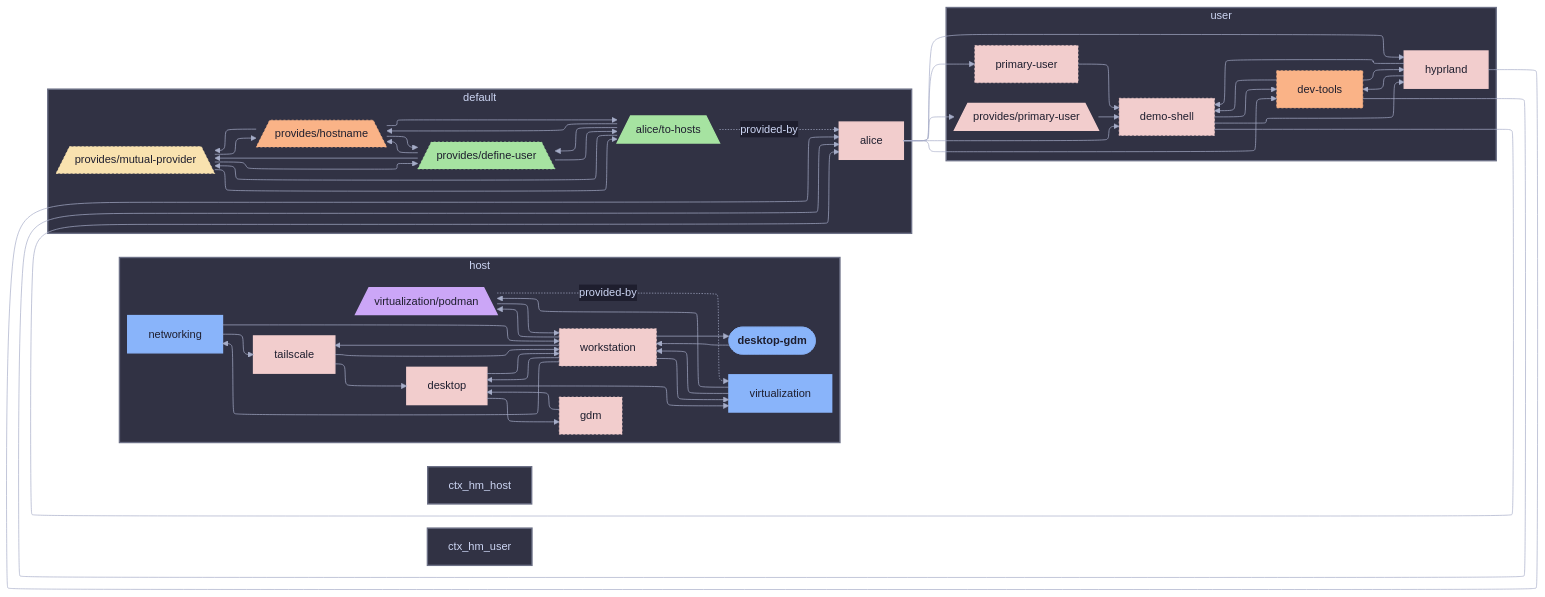
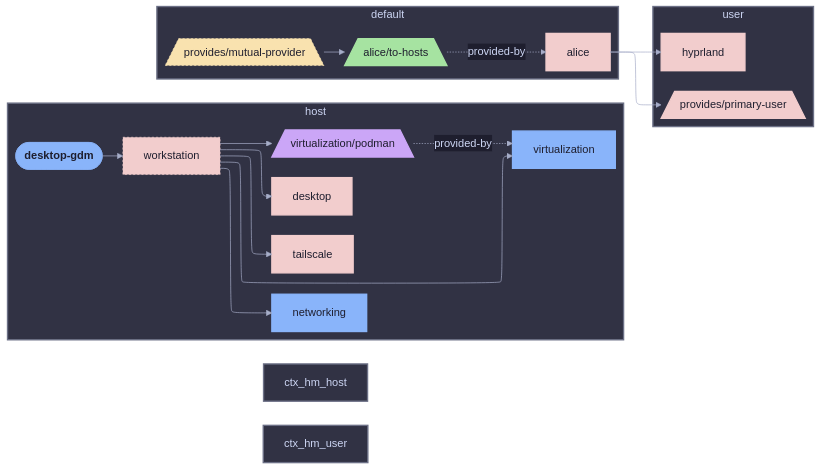
One commit to sini/den changed the diagram in templates/diag-fx-demo/diagrams/desktop-gdm-class-nixos.md. Above: the diagram before and after it, drawn with Mermaid. The commit also changed 849 other files, not shown here.

Commit message:
chore: update fx diagrams

```diff
--- a/templates/diag-fx-demo/diagrams/desktop-gdm-class-nixos.md
+++ b/templates/diag-fx-demo/diagrams/desktop-gdm-class-nixos.md
@@ -9,26 +9,13 @@
 
   subgraph ctx_host["host"]
   desktop["desktop"]:::desktop_c
-  gdm["gdm"]:::gdm_c
   networking["networking"]:::networking_c
   virtualization__podman[/"virtualization/podman"\]:::virtualization__podman_c
   tailscale["tailscale"]:::tailscale_c
   virtualization["virtualization"]:::virtualization_c
   workstation["workstation"]:::workstation_c
-  desktop --> gdm
-  desktop --> workstation
-  desktop --> virtualization
   desktop_gdm --> workstation
-  gdm --> desktop
-  networking --> workstation
-  tailscale --> workstation
-  virtualization --> workstation
-  virtualization__podman --> workstation
-  networking --> tailscale
-  tailscale --> desktop
-  virtualization --> virtualization__podman
   workstation --> desktop
-  workstation --> desktop_gdm
   workstation --> networking
   workstation --> virtualization__podman
   workstation --> tailscale
@@ -36,64 +23,28 @@
   virtualization__podman -.->|provided-by| virtualization
   end
   subgraph ctx_default["default"]
-  den__provides__define_user[/"provides/define-user"\]:::den__provides__define_user_c
-  den__provides__hostname[/"provides/hostname"\]:::den__provides__hostname_c
   den__provides__mutual_provider[/"provides/mutual-provider"\]:::den__provides__mutual_provider_c
   alice__to_hosts[/"alice/to-hosts"\]:::alice__to_hosts_c
-  alice__to_hosts --> den__provides__define_user
-  alice__to_hosts --> den__provides__hostname
-  alice__to_hosts --> den__provides__mutual_provider
-  den__provides__mutual_provider --> den__provides__define_user
-  den__provides__mutual_provider --> den__provides__hostname
   den__provides__mutual_provider --> alice__to_hosts
-  den__provides__hostname --> den__provides__define_user
-  den__provides__define_user --> den__provides__hostname
-  den__provides__define_user --> den__provides__mutual_provider
-  den__provides__hostname --> den__provides__mutual_provider
-  den__provides__define_user --> alice__to_hosts
-  den__provides__hostname --> alice__to_hosts
   alice__to_hosts -.->|provided-by| alice
   end
   subgraph ctx_user["user"]
   alice["alice"]:::alice_c
-  demo_shell["demo-shell"]:::demo_shell_c
-  dev_tools["dev-tools"]:::dev_tools_c
   hyprland["hyprland"]:::hyprland_c
-  primary_user["primary-user"]:::primary_user_c
   den__provides__primary_user[/"provides/primary-user"\]:::den__provides__primary_user_c
-  alice --> demo_shell
-  alice --> dev_tools
   alice --> hyprland
-  alice --> primary_user
   alice --> den__provides__primary_user
-  demo_shell --> hyprland
-  demo_shell --> alice
-  demo_shell --> dev_tools
-  den__provides__primary_user --> demo_shell
-  dev_tools --> alice
-  dev_tools --> demo_shell
-  dev_tools --> hyprland
-  hyprland --> dev_tools
-  hyprland --> alice
-  hyprland --> demo_shell
-  primary_user --> demo_shell
   end
 
 
   classDef root fill:#89b4fa,stroke:#89b4fa,color:#1e1e2e,font-weight:bold
   classDef alice_c fill:#f2cdcd,stroke:#f2cdcd,color:#1e1e2e,stroke-width:2px
-  classDef den__provides__define_user_c fill:#a6e3a1,stroke:#a6e3a1,color:#1e1e2e,stroke-dasharray: 3 3,stroke-width:1px
-  classDef demo_shell_c fill:#f2cdcd,stroke:#f2cdcd,color:#1e1e2e,stroke-dasharray: 3 3,stroke-width:1px
   classDef desktop_c fill:#f2cdcd,stroke:#f2cdcd,color:#1e1e2e,stroke-width:2px
-  classDef desktop_gdm_c fill:#f2cdcd,stroke:#f2cdcd,color:#1e1e2e,stroke-width:3px
-  classDef dev_tools_c fill:#fab387,stroke:#fab387,color:#1e1e2e,stroke-dasharray: 3 3,stroke-width:1px
-  classDef gdm_c fill:#f2cdcd,stroke:#f2cdcd,color:#1e1e2e,stroke-dasharray: 3 3,stroke-width:1px
-  classDef den__provides__hostname_c fill:#fab387,stroke:#fab387,color:#1e1e2e,stroke-dasharray: 3 3,stroke-width:1px
+  classDef desktop_gdm_c fill:#f2cdcd,stroke:#f2cdcd,color:#1e1e2e,stroke-width:2px
   classDef hyprland_c fill:#f2cdcd,stroke:#f2cdcd,color:#1e1e2e,stroke-width:2px
   classDef den__provides__mutual_provider_c fill:#f9e2af,stroke:#f9e2af,color:#1e1e2e,stroke-dasharray: 3 3,stroke-width:1px
   classDef networking_c fill:#89b4fa,stroke:#89b4fa,color:#1e1e2e,stroke-width:2px
   classDef virtualization__podman_c fill:#cba6f7,stroke:#cba6f7,color:#1e1e2e,stroke-width:2px
-  classDef primary_user_c fill:#f2cdcd,stroke:#f2cdcd,color:#1e1e2e,stroke-dasharray: 3 3,stroke-width:1px
   classDef den__provides__primary_user_c fill:#f2cdcd,stroke:#f2cdcd,color:#1e1e2e,stroke-width:2px
   classDef tailscale_c fill:#f2cdcd,stroke:#f2cdcd,color:#1e1e2e,stroke-width:2px
   classDef alice__to_hosts_c fill:#a6e3a1,stroke:#a6e3a1,color:#1e1e2e,stroke-width:2px
```
